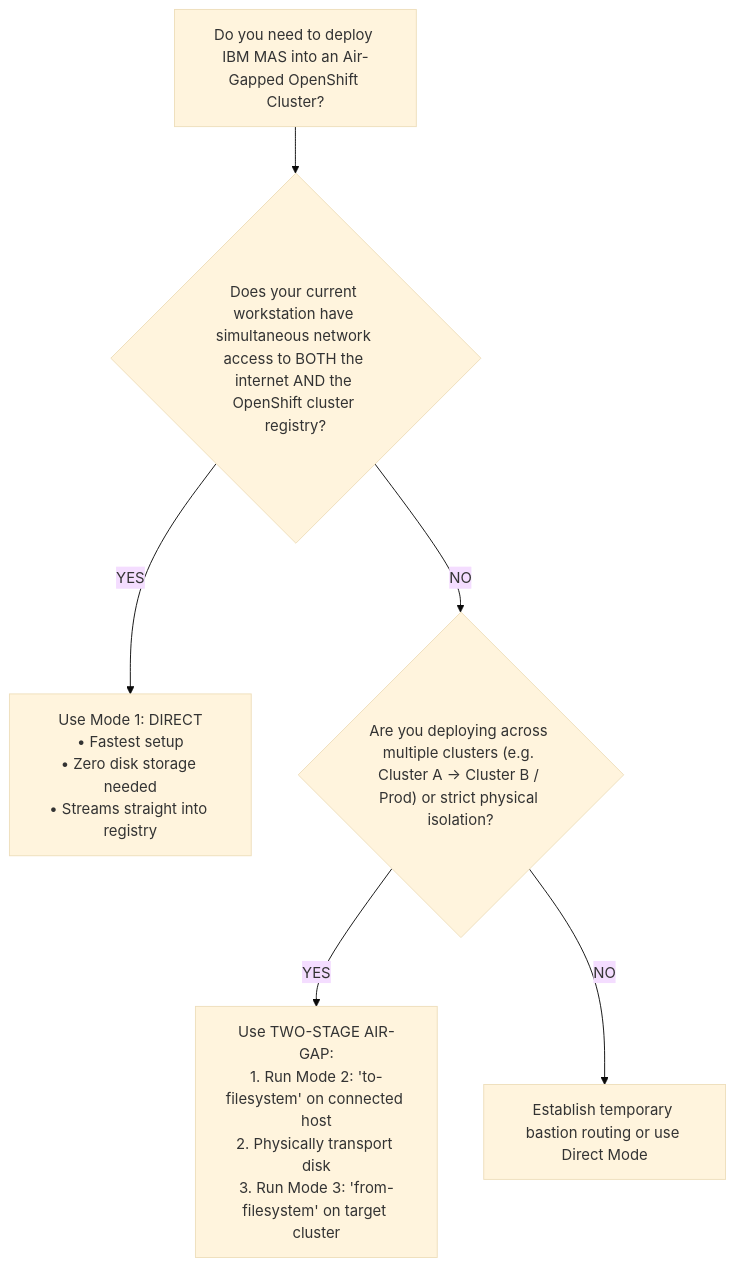
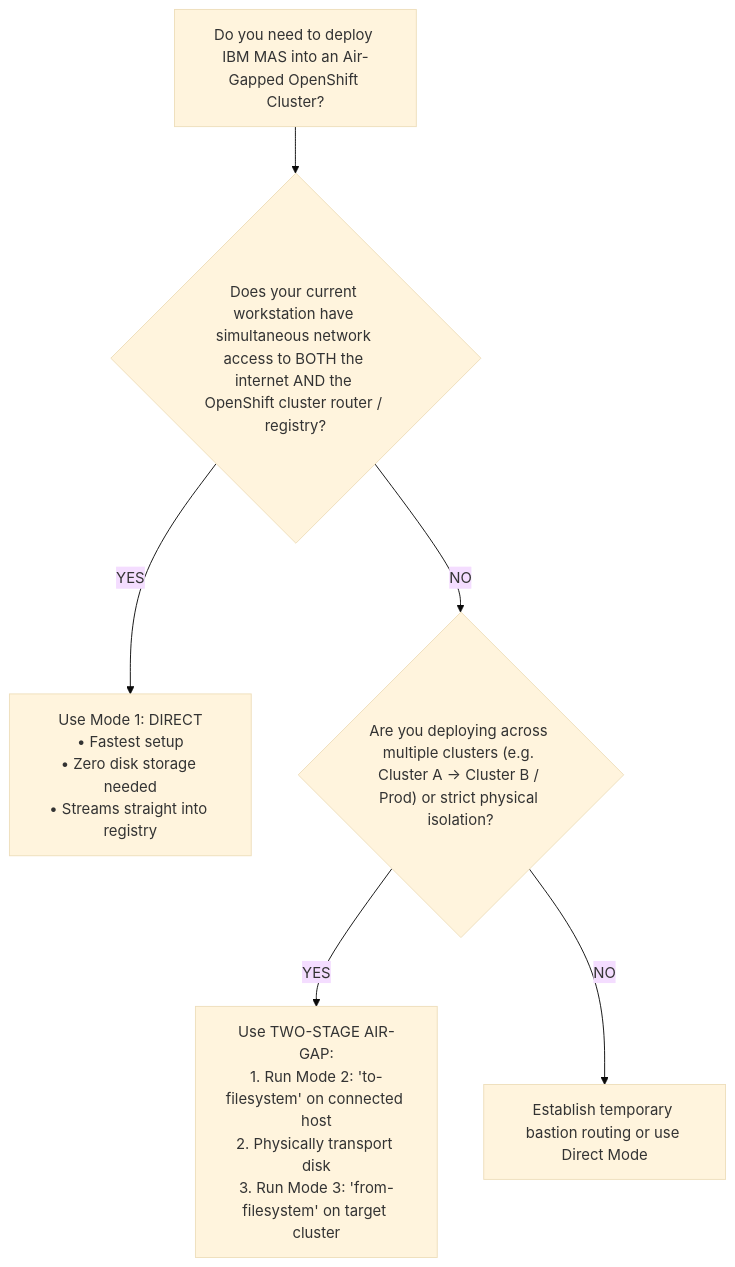
One commit to Manpreetsingh-Vedi/mref-airgapinstallation changed the sixth of 6 diagrams in README.md. Above: the diagram before and after it, drawn with Mermaid (base theme). The commit also changed other lines of this file, not shown here.

````diff
--- a/README.md
+++ b/README.md
@@ -900,11 +963,11 @@
 ```mermaid
 flowchart TD
-    Start["Do you need to deploy IBM MAS into an Air-Gapped OpenShift Cluster?"] --> Q1{"Does your current workstation have simultaneous network access to BOTH the internet AND the OpenShift cluster registry?"}
+    Start["Do you need to deploy IBM MAS into an Air-Gapped OpenShift Cluster?"] --> Q1{"Does your current workstation have simultaneous network access to BOTH the internet AND the OpenShift cluster router / registry?"}
 
     Q1 -- YES --> Direct["Use Mode 1: DIRECT<br/>• Fastest setup<br/>• Zero disk storage needed<br/>• Streams straight into registry"]
 
     Q1 -- NO --> Q2{"Are you deploying across multiple clusters (e.g. Cluster A -> Cluster B / Prod) or strict physical isolation?"}
 
     Q2 -- YES --> TwoStage["Use TWO-STAGE AIR-GAP:<br/>1. Run Mode 2: 'to-filesystem' on connected host<br/>2. Physically transport disk<br/>3. Run Mode 3: 'from-filesystem' on target cluster"]
     Q2 -- NO --> CheckNet["Establish temporary bastion routing or use Direct Mode"]
 ```
````
